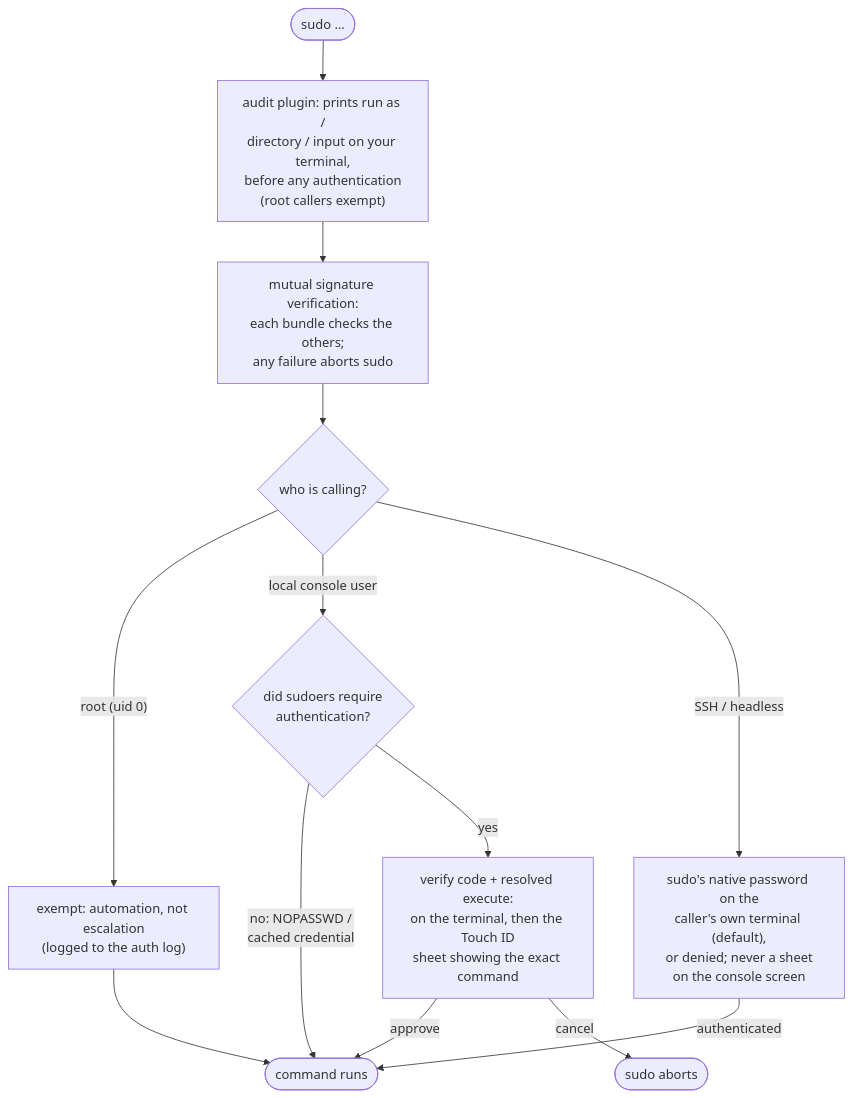
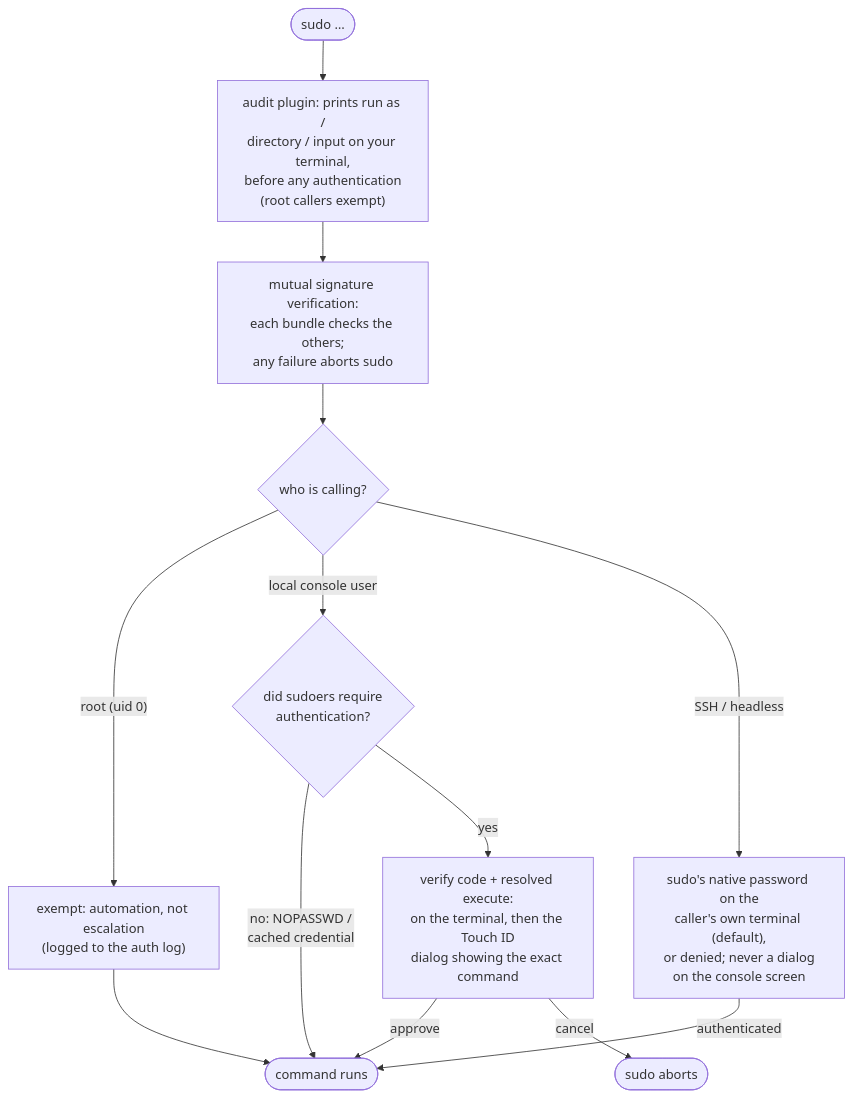
Before and after one commit to jooize/sudowhat: the diagram in README.md, drawn with Mermaid. The commit also changed other lines of this file, not shown here.

````diff
--- a/README.md
+++ b/README.md
@@ -227,15 +232,15 @@
 ```mermaid
 flowchart TD
     S(["sudo …"]) --> A["audit plugin: prints run as /<br/>directory / input on your terminal,<br/>before any authentication<br/>(root callers exempt)"]
     A --> P["mutual signature verification:<br/>each bundle checks the others;<br/>any failure aborts sudo"]
     P --> W{"who is calling?"}
     W -- "root (uid 0)" --> R["exempt: automation, not escalation<br/>(logged to the auth log)"]
     W -- "local console user" --> PD{"did sudoers require<br/>authentication?"}
-    W -- "SSH / headless" --> N["sudo's native password on the<br/>caller's own terminal (default),<br/>or denied; never a sheet<br/>on the console screen"]
+    W -- "SSH / headless" --> N["sudo's native password on the<br/>caller's own terminal (default),<br/>or denied; never a dialog<br/>on the console screen"]
     PD -- "no: NOPASSWD /<br/>cached credential" --> RUN(["command runs"])
-    PD -- "yes" --> T["verify code + resolved execute:<br/>on the terminal, then the Touch ID<br/>sheet showing the exact command"]
+    PD -- "yes" --> T["verify code + resolved execute:<br/>on the terminal, then the Touch ID<br/>dialog showing the exact command"]
     T -- "approve" --> RUN
     T -- "cancel" --> X(["sudo aborts"])
     N -- "authenticated" --> RUN
     R --> RUN
 ```
````
